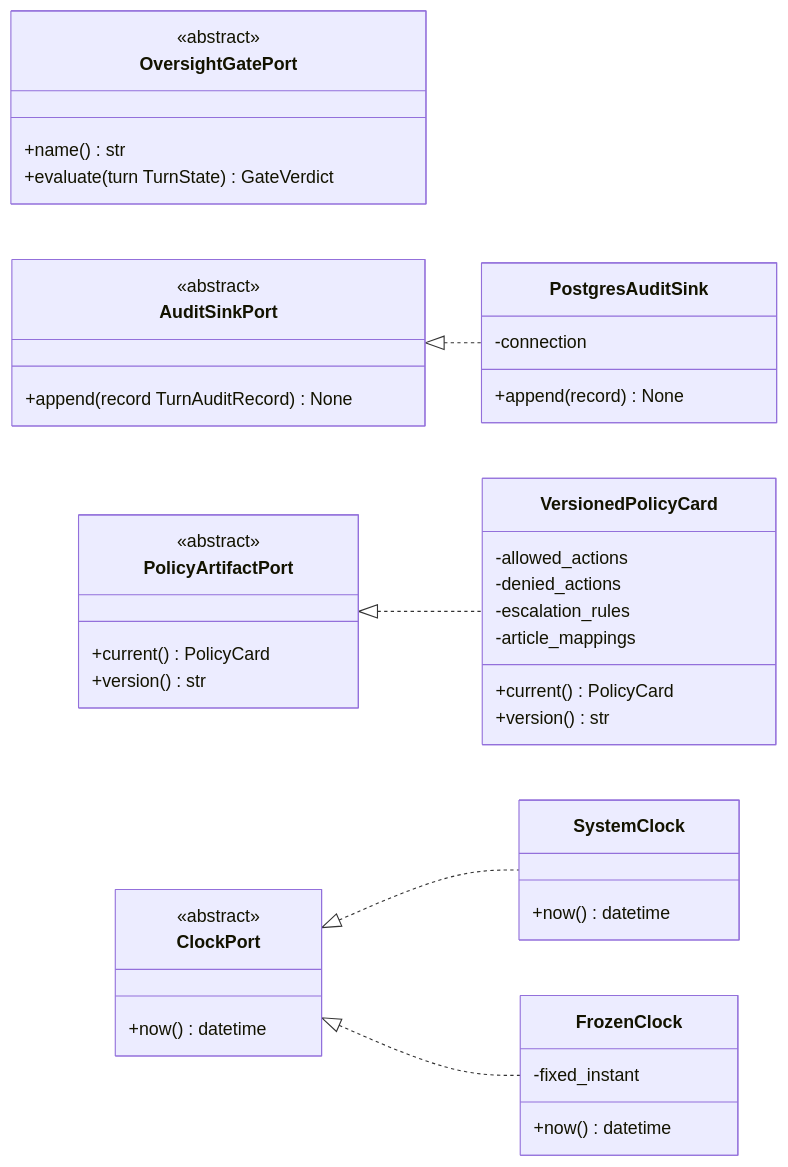
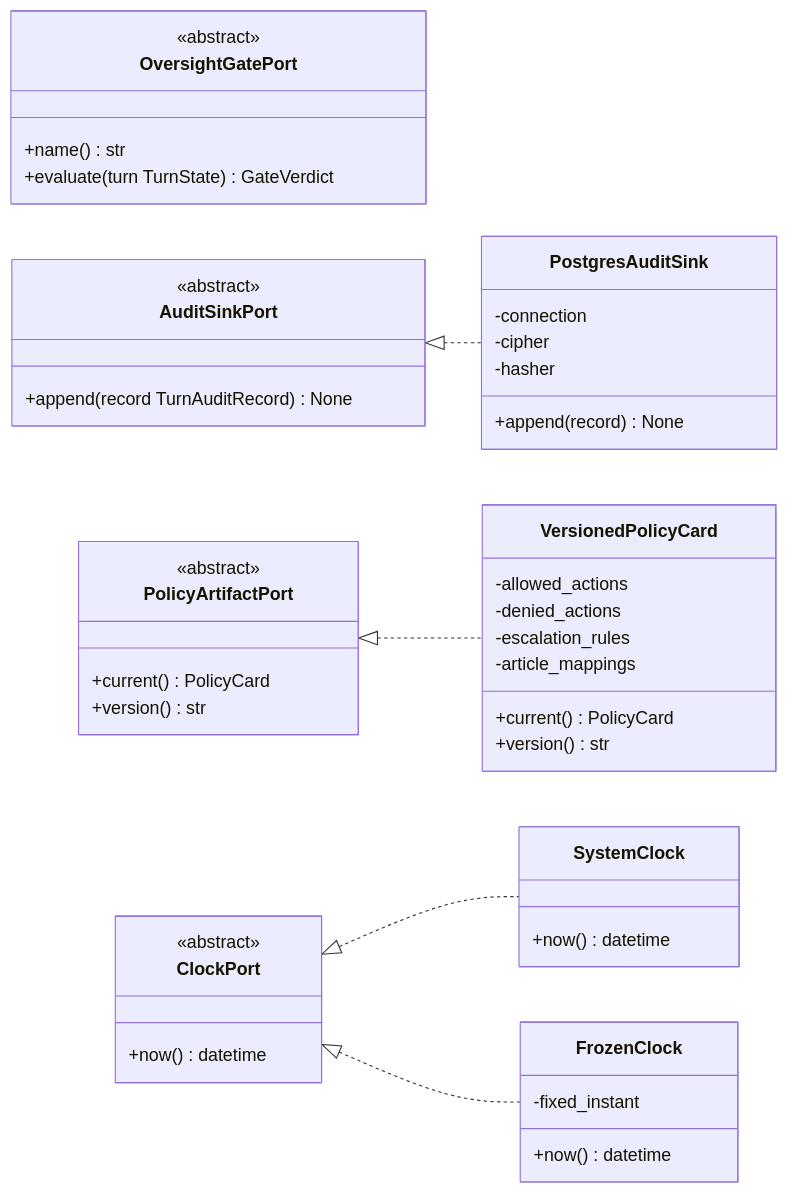
The fifth of 11 diagrams in docs/architecture/ARCHITECTURE.md (basiliofarach/two-agent-orchestration-language-learning), drawn with Mermaid before and after one commit. The commit also changed other lines of this file and 35 other files, not shown here.

First line of the commit message:
(BAS-44, BAS-11): enhance audit schema with session tracking and chain verification (#4)

````diff
--- a/docs/architecture/ARCHITECTURE.md
+++ b/docs/architecture/ARCHITECTURE.md
@@ -313,48 +313,50 @@
 ```mermaid
 classDiagram
     direction LR
 
     class OversightGatePort {
         <<abstract>>
         +name() str
         +evaluate(turn TurnState) GateVerdict
     }
     class AuditSinkPort {
         <<abstract>>
         +append(record TurnAuditRecord) None
     }
     class PolicyArtifactPort {
         <<abstract>>
         +current() PolicyCard
         +version() str
     }
     class ClockPort {
         <<abstract>>
         +now() datetime
     }
 
     class PostgresAuditSink {
         -connection
+        -cipher
+        -hasher
         +append(record) None
     }
     class VersionedPolicyCard {
         -allowed_actions
         -denied_actions
         -escalation_rules
         -article_mappings
         +current() PolicyCard
         +version() str
     }
     class SystemClock {
         +now() datetime
     }
     class FrozenClock {
         -fixed_instant
         +now() datetime
     }
 
     AuditSinkPort <|.. PostgresAuditSink
     PolicyArtifactPort <|.. VersionedPolicyCard
     ClockPort <|.. SystemClock
     ClockPort <|.. FrozenClock
 ```
````
